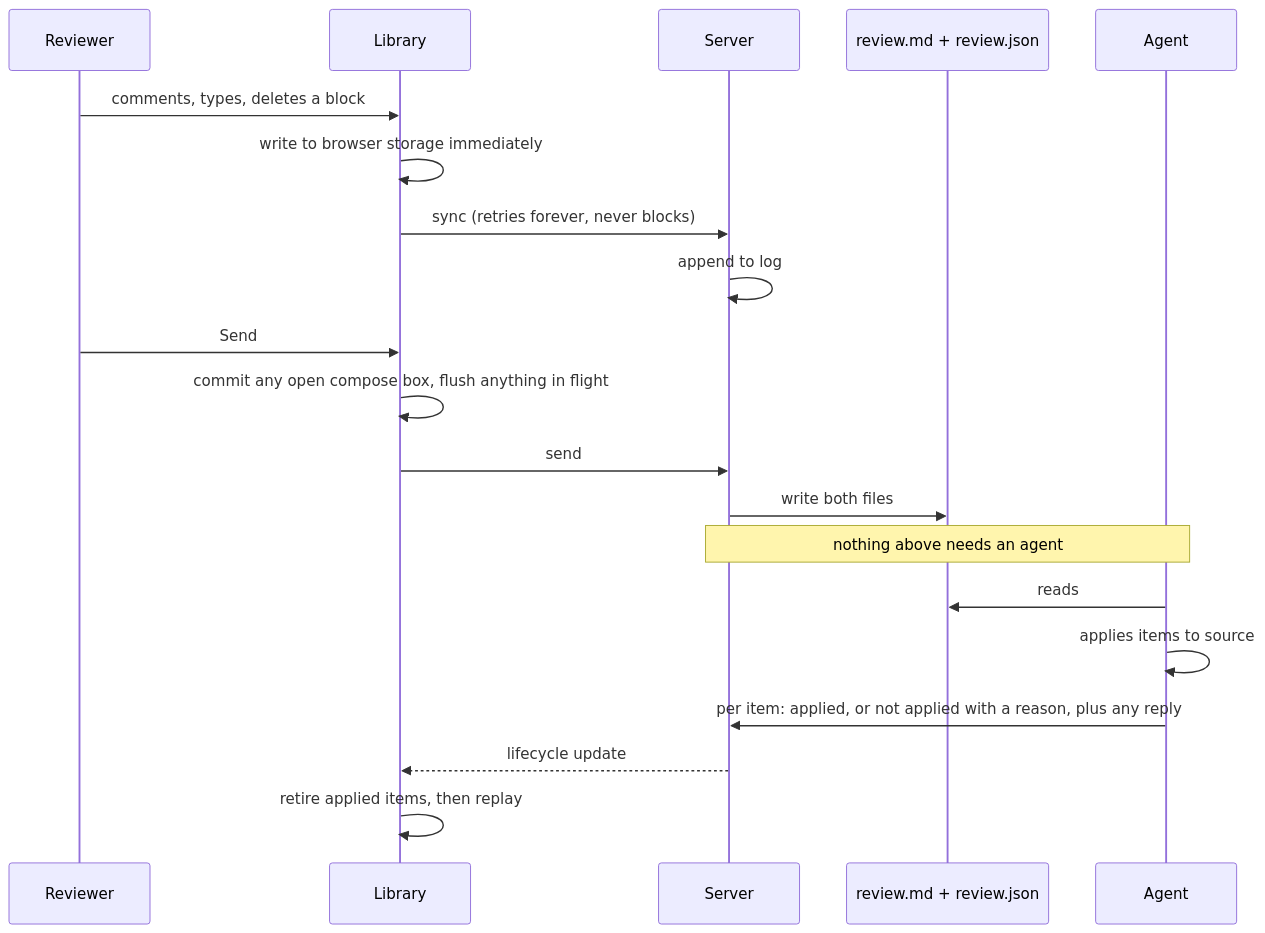
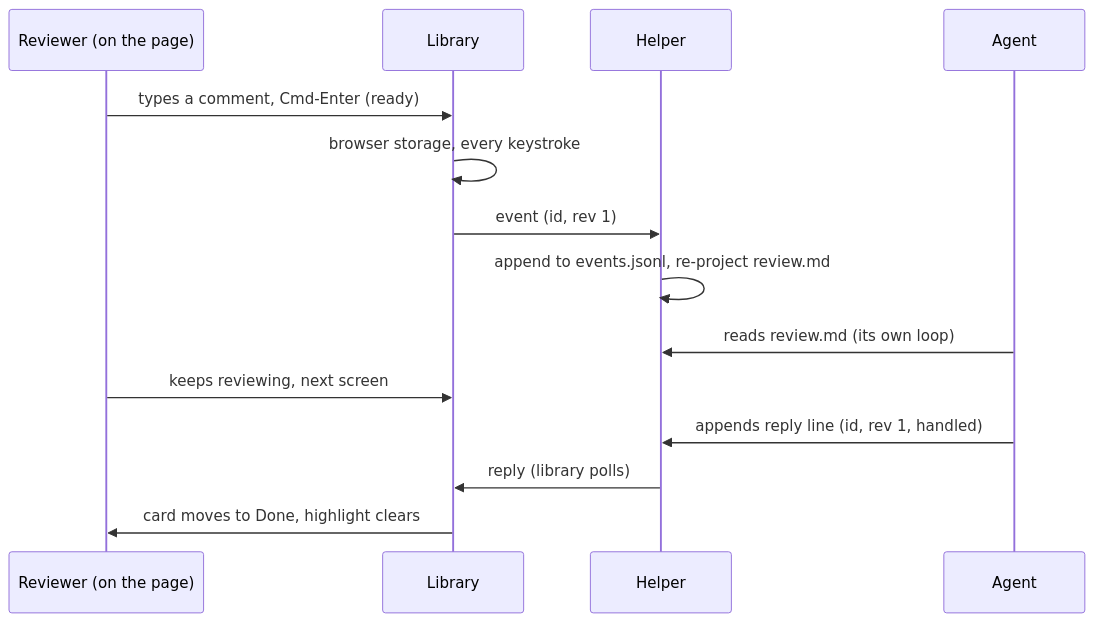
Before and after one commit to kenxle/live-agentic-html-editor: the second of 3 diagrams in docs/features/20260812.01_live_agentic_html_editor/02_architecture_live_agentic_html_editor.md, drawn with Mermaid. The commit also changed other lines of this file and 6 other files, not shown here.

Commit message:
Architecture v2: restart against the approved brief (poll flow, browse/edit states, record store, replay)

````diff
--- a/docs/features/20260812.01_live_agentic_html_editor/02_architecture_live_agentic_html_editor.md
+++ b/docs/features/20260812.01_live_agentic_html_editor/02_architecture_live_agentic_html_editor.md
@@ -200,23 +167,17 @@
 ```mermaid
 sequenceDiagram
-    participant R as Reviewer
+    participant K as Reviewer (on the page)
     participant L as Library
-    participant S as Server
-    participant F as review.md + review.json
+    participant H as Helper
     participant A as Agent
 
-    R->>L: comments, types, deletes a block
-    L->>L: write to browser storage immediately
-    L->>S: sync (retries forever, never blocks)
-    S->>S: append to log
-    R->>L: Send
-    L->>L: commit any open compose box, flush anything in flight
-    L->>S: send
-    S->>F: write both files
-    Note over S,A: nothing above needs an agent
-    A->>F: reads
-    A->>A: applies items to source
-    A->>S: per item: applied, or not applied with a reason, plus any reply
-    S-->>L: lifecycle update
-    L->>L: retire applied items, then replay
+    K->>L: types a comment, Cmd-Enter (ready)
+    L->>L: browser storage, every keystroke
+    L->>H: event (id, rev 1)
+    H->>H: append to events.jsonl, re-project review.md
+    A->>H: reads review.md (its own loop)
+    K->>L: keeps reviewing, next screen
+    A->>H: appends reply line (id, rev 1, handled)
+    H->>L: reply (library polls)
+    L->>K: card moves to Done, highlight clears
 ```
````
